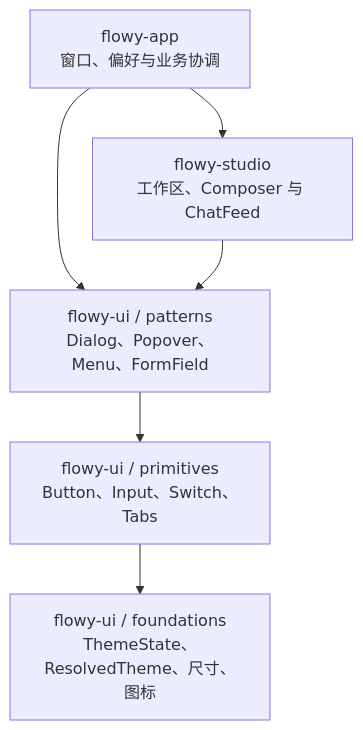
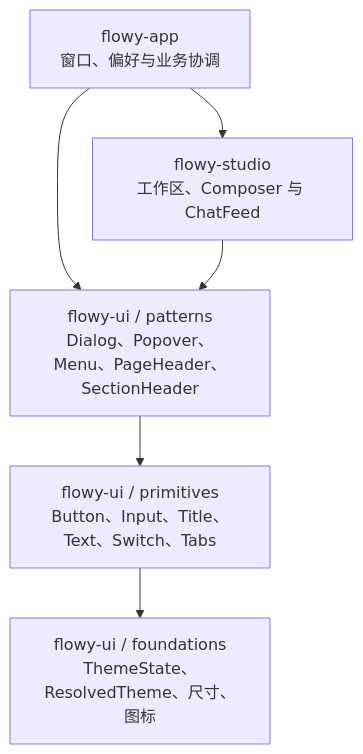
The first of 2 diagrams in flowy18_wip/docs/ui-system.zh.md (Michael-Lfx/allo), drawn with Mermaid before and after one commit. The commit also changed other lines of this file, not shown here.

First line of the commit message:
docs(flowy18-wip): treat page typography as modules

````diff
--- a/flowy18_wip/docs/ui-system.zh.md
+++ b/flowy18_wip/docs/ui-system.zh.md
@@ -35,13 +35,13 @@
 ```mermaid
 flowchart TD
     App["flowy-app<br/>窗口、偏好与业务协调"]
     Studio["flowy-studio<br/>工作区、Composer 与 ChatFeed"]
-    Patterns["flowy-ui / patterns<br/>Dialog、Popover、Menu、FormField"]
-    Primitives["flowy-ui / primitives<br/>Button、Input、Switch、Tabs"]
+    Patterns["flowy-ui / patterns<br/>Dialog、Popover、Menu、PageHeader、SectionHeader"]
+    Primitives["flowy-ui / primitives<br/>Button、Input、Title、Text、Switch、Tabs"]
     Foundations["flowy-ui / foundations<br/>ThemeState、ResolvedTheme、尺寸、图标"]
     App --> Studio
     App --> Patterns
     Studio --> Patterns
     Patterns --> Primitives
     Primitives --> Foundations
 ```
````
